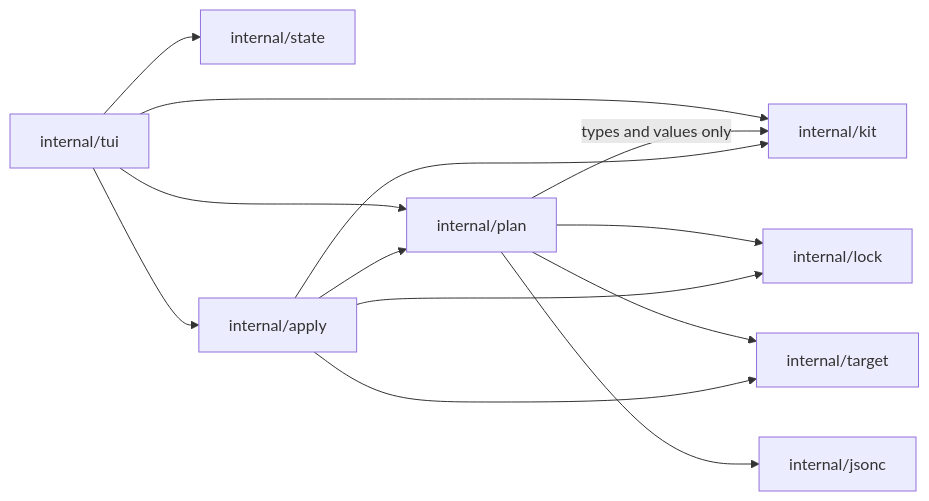
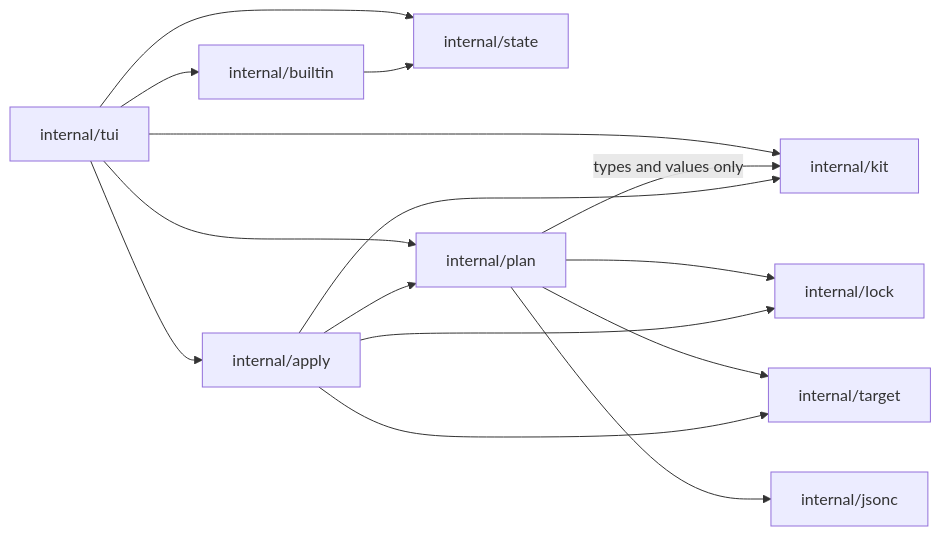
Before and after one commit to dpleshakov/penates: the diagram in docs/architecture.md, drawn with Mermaid. The commit also changed other lines of this file and 16 other files, not shown here.

````diff
--- a/docs/architecture.md
+++ b/docs/architecture.md
@@ -85,15 +86,17 @@
 ```mermaid
 flowchart LR
     TUI["internal/tui"] --> KIT["internal/kit"]
     TUI --> ST["internal/state"]
     TUI --> PL["internal/plan"]
     TUI --> AP["internal/apply"]
+    TUI --> BI["internal/builtin"]
+    BI["internal/builtin"] --> ST
     PL -- types and values only --> KIT
     PL --> LK["internal/lock"]
     PL --> TG["internal/target"]
     PL --> JC["internal/jsonc"]
     AP --> PL
     AP --> LK
     AP --> TG
     AP --> KIT
 ```
````
